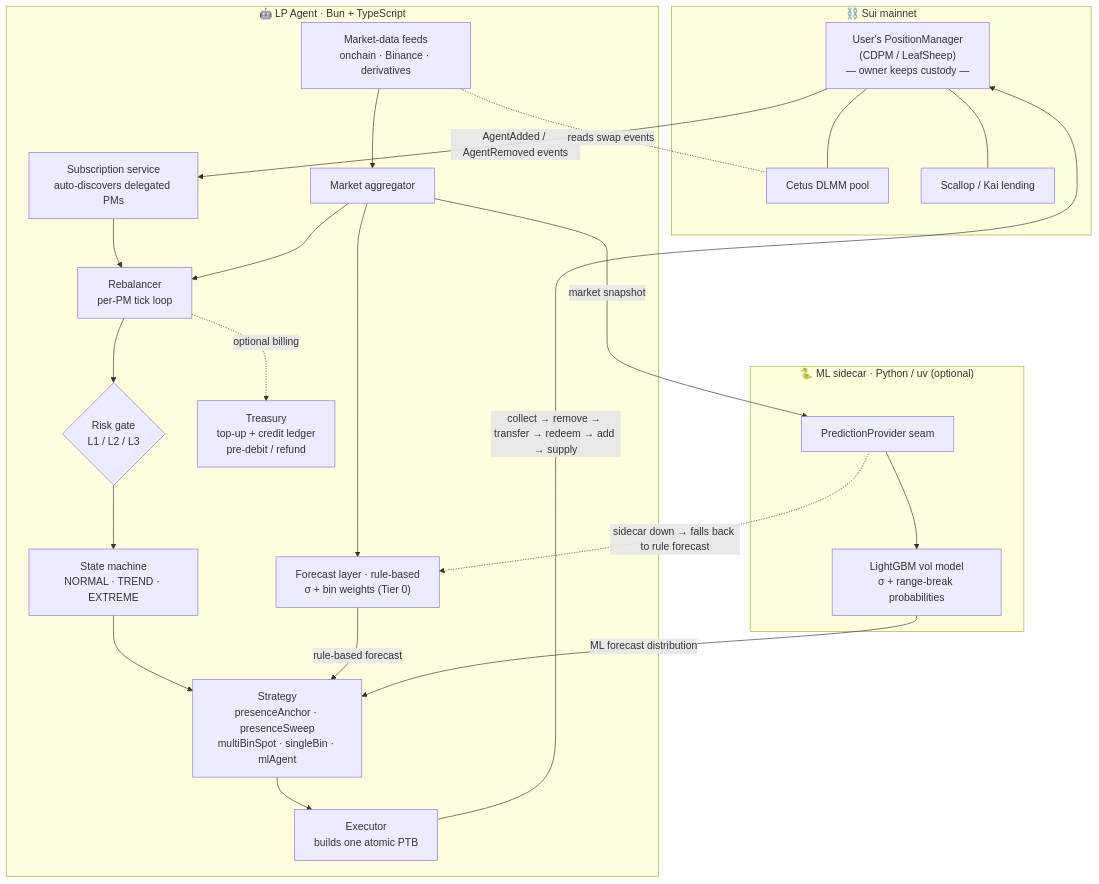
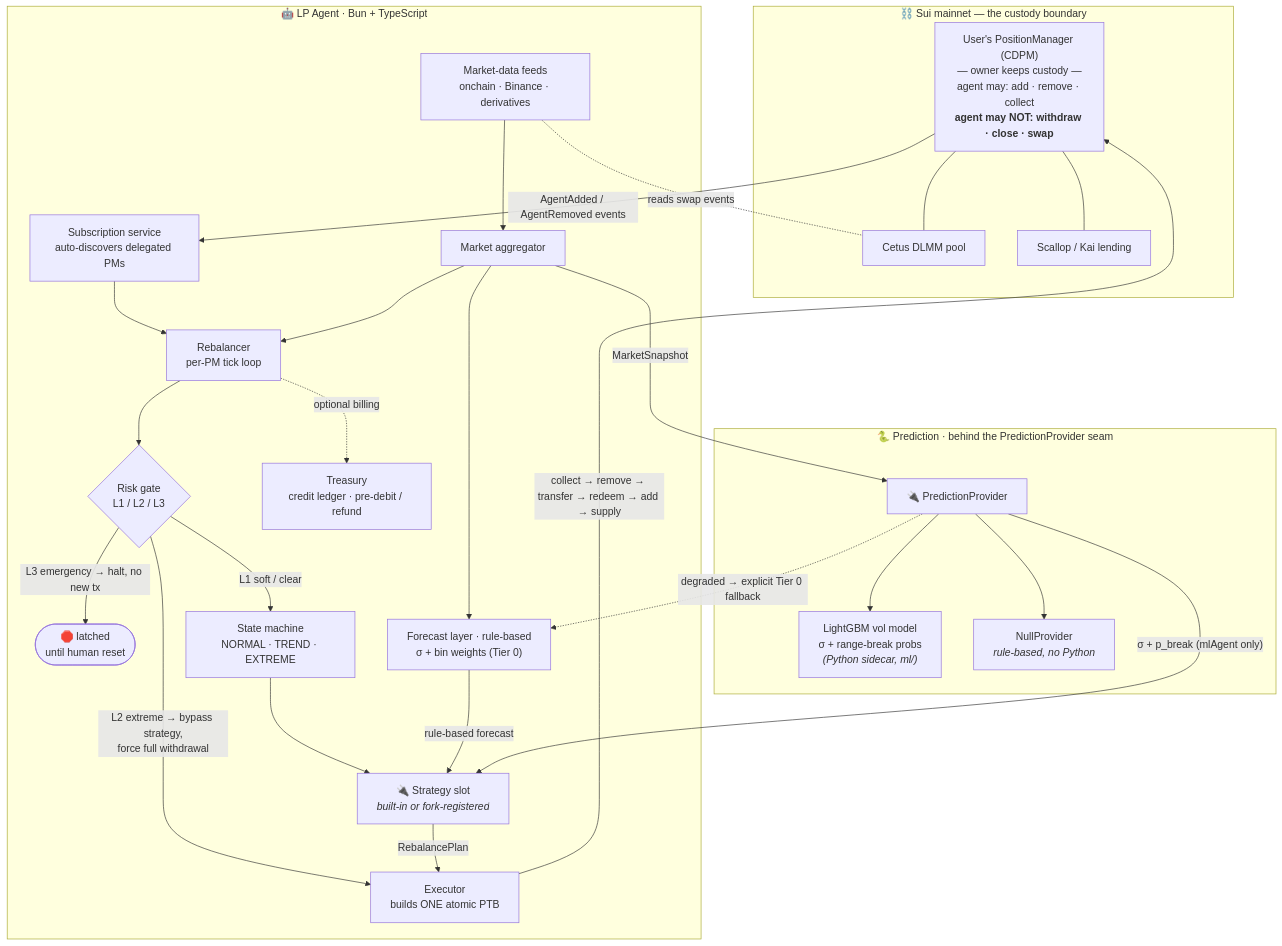
Before and after one commit to RandyPen/lp-agent: the first of 3 diagrams in README.md, drawn with Mermaid. The commit also changed other lines of this file, not shown here.

````diff
--- a/README.md
+++ b/README.md
@@ -64,36 +64,39 @@
 ```mermaid
 flowchart TB
-    subgraph chain["⛓️ Sui mainnet"]
-        PM["User's PositionManager<br/>(CDPM / LeafSheep)<br/>— owner keeps custody —"]
+    subgraph chain["⛓️ Sui mainnet — the custody boundary"]
+        PM["User's PositionManager (CDPM)<br/>— owner keeps custody —<br/>agent may: add · remove · collect<br/><b>agent may NOT: withdraw · close · swap</b>"]
         POOL["Cetus DLMM pool"]
         LEND["Scallop / Kai lending"]
     end
 
     PM -- "AgentAdded / AgentRemoved events" --> SUB
 
     subgraph agent["🤖 LP Agent · Bun + TypeScript"]
         SUB["Subscription service<br/>auto-discovers delegated PMs"] --> REB["Rebalancer<br/>per-PM tick loop"]
         FEEDS["Market-data feeds<br/>onchain · Binance · derivatives"] --> AGG["Market aggregator"]
         AGG --> REB
         REB --> RISK{"Risk gate<br/>L1 / L2 / L3"}
-        RISK --> STATE["State machine<br/>NORMAL · TREND · EXTREME"]
-        STATE --> STRAT["Strategy<br/>presenceAnchor · presenceSweep<br/>multiBinSpot · singleBin · mlAgent"]
+        RISK -- "L3 emergency → halt, no new tx" --> HALT(["🛑 latched<br/>until human reset"])
+        RISK -- "L2 extreme → bypass strategy,<br/>force full withdrawal" --> EXEC
+        RISK -- "L1 soft / clear" --> STATE["State machine<br/>NORMAL · TREND · EXTREME"]
+        STATE --> STRAT["🔌 Strategy slot<br/><i>built-in or fork-registered</i>"]
         AGG --> FC["Forecast layer · rule-based<br/>σ + bin weights (Tier 0)"]
         FC -- "rule-based forecast" --> STRAT
-        STRAT --> EXEC["Executor<br/>builds one atomic PTB"]
-        REB -. "optional billing" .-> TRE["Treasury<br/>top-up + credit ledger<br/>pre-debit / refund"]
+        STRAT -- "RebalancePlan" --> EXEC["Executor<br/>builds ONE atomic PTB"]
+        REB -. "optional billing" .-> TRE["Treasury<br/>credit ledger · pre-debit / refund"]
     end
 
-    subgraph ml["🐍 ML sidecar · Python / uv (optional)"]
-        PRED["PredictionProvider seam"] --> LGBM["LightGBM vol model<br/>σ + range-break probabilities"]
+    subgraph ml["🐍 Prediction · behind the PredictionProvider seam"]
+        PRED["🔌 PredictionProvider"] --> LGBM["LightGBM vol model<br/>σ + range-break probs<br/><i>(Python sidecar, ml/)</i>"]
+        PRED --> NULLP["NullProvider<br/><i>rule-based, no Python</i>"]
     end
 
-    AGG -- "market snapshot" --> PRED
-    LGBM -- "ML forecast distribution" --> STRAT
-    PRED -. "sidecar down → falls back to rule forecast" .-> FC
+    AGG -- "MarketSnapshot" --> PRED
+    PRED -- "σ + p_break (mlAgent only)" --> STRAT
+    PRED -. "degraded → explicit Tier 0 fallback" .-> FC
 
     EXEC -- "collect → remove → transfer → redeem → add → supply" --> PM
     PM --- POOL
     PM --- LEND
     FEEDS -. "reads swap events" .- POOL
 ```
````
